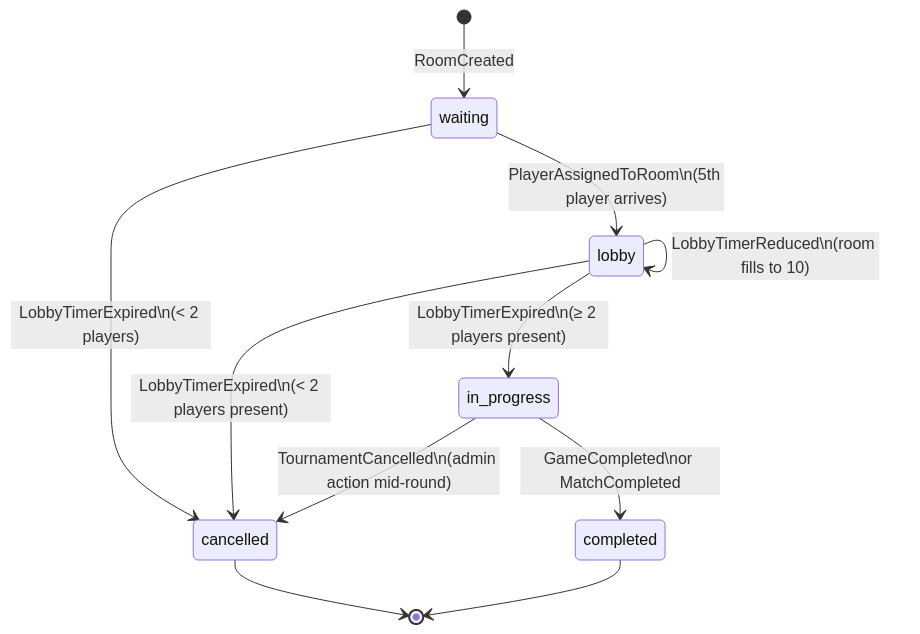
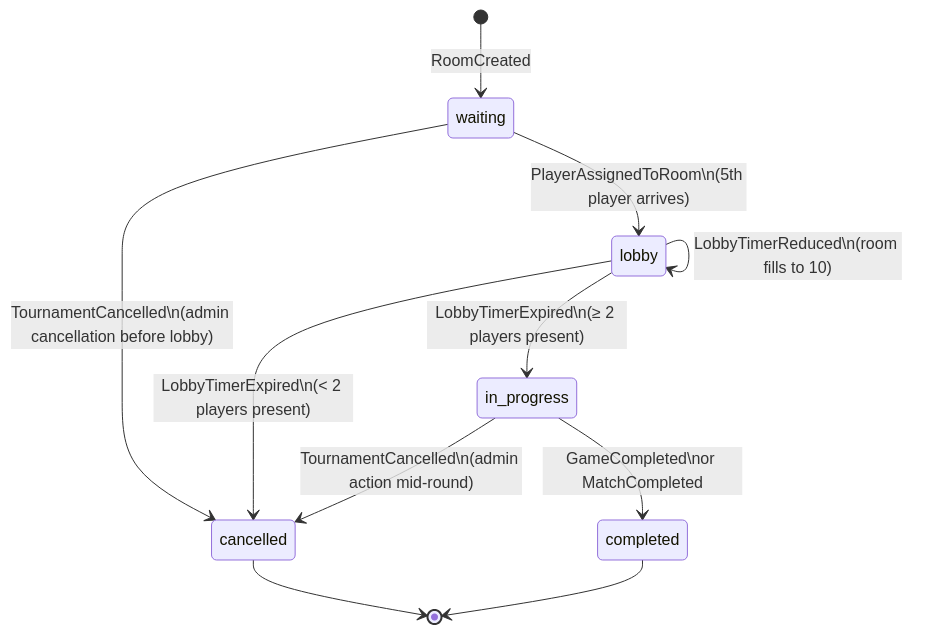
One commit to NickArancibia/UNO-system changed the first of 3 diagrams in design/ASCII_FLOW.md. Above: the diagram before and after it, drawn with Mermaid. The commit also changed 7 other files, not shown here.

````diff
--- a/design/ASCII_FLOW.md
+++ b/design/ASCII_FLOW.md
@@ -27,18 +27,18 @@
 ```mermaid
 stateDiagram-v2
     [*] --> waiting : RoomCreated
 
     waiting --> lobby : PlayerAssignedToRoom\n(5th player arrives)
-    waiting --> cancelled : LobbyTimerExpired\n(< 2 players)
+    waiting --> cancelled : TournamentCancelled\n(admin cancellation before lobby)
 
     lobby --> lobby : PlayerAssignedToRoom\n(6th–10th player)
     lobby --> lobby : LobbyTimerReduced\n(room fills to 10)
     lobby --> in_progress : LobbyTimerExpired\n(≥ 2 players present)
     lobby --> cancelled : LobbyTimerExpired\n(< 2 players present)
 
     in_progress --> completed : GameCompleted\nor MatchCompleted
     in_progress --> cancelled : TournamentCancelled\n(admin action mid-round)
 
     cancelled --> [*]
     completed --> [*]
 ```
````
